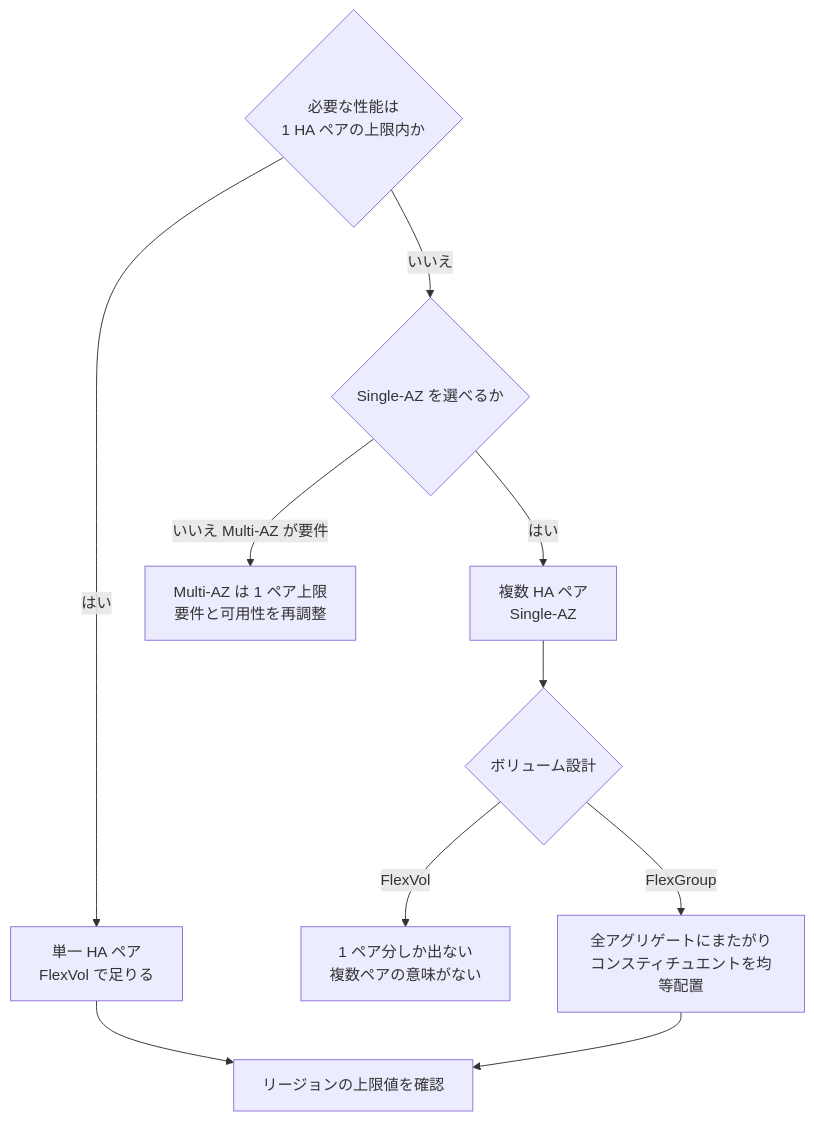
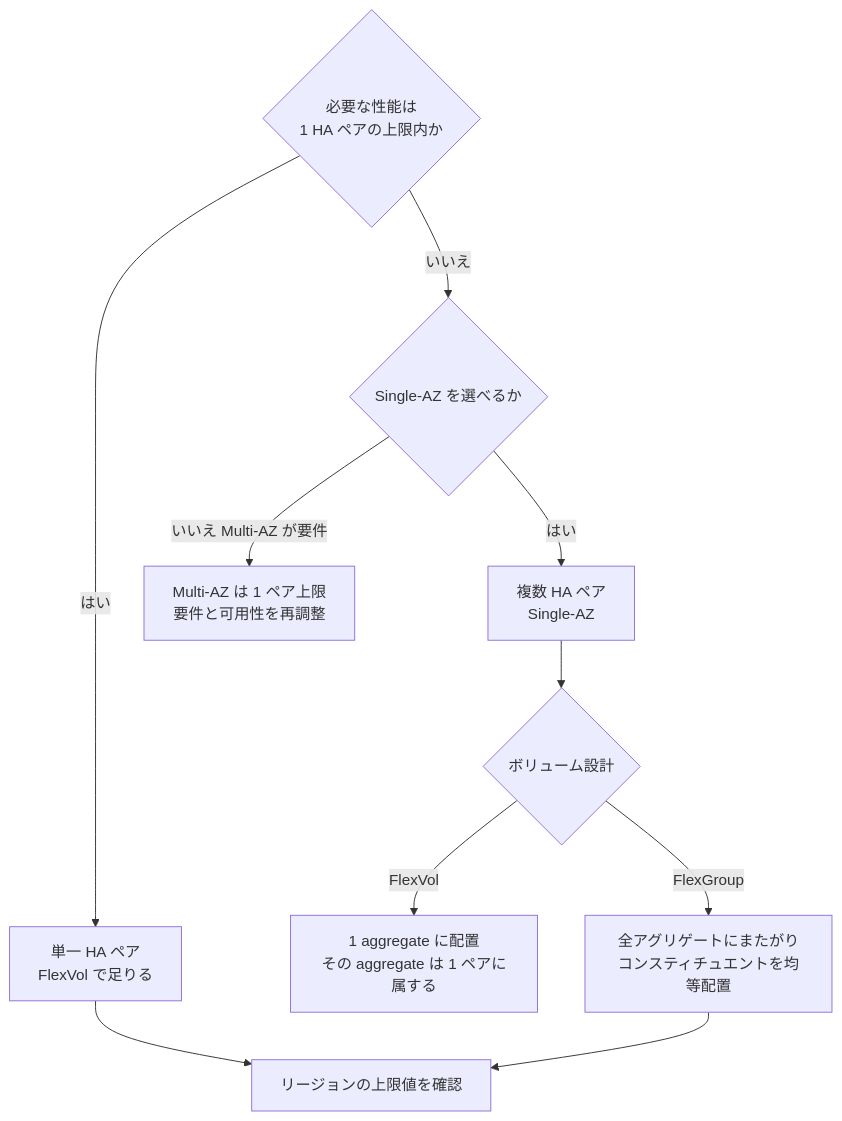
The diagram in docs/ja/domains/performance/notes/where-throughput-is-determined-and-shared.md (Yoshiki0705/FSx-for-ONTAP-Adoption-Playbook), drawn with Mermaid before and after one commit. The commit also changed other lines of this file and 28 other files, not shown here.

````diff
--- a/docs/ja/domains/performance/notes/where-throughput-is-determined-and-shared.md
+++ b/docs/ja/domains/performance/notes/where-throughput-is-determined-and-shared.md
@@ -140,15 +140,15 @@
 ```mermaid
 graph TD
     Q{必要な性能は<br/>1 HA ペアの上限内か} -->|はい| ONE[単一 HA ペア<br/>FlexVol で足りる]
     Q -->|いいえ| MULTI{Single-AZ を選べるか}
 
     MULTI -->|はい| MP[複数 HA ペア<br/>Single-AZ]
     MULTI -->|いいえ Multi-AZ が要件| CAP[Multi-AZ は 1 ペア上限<br/>要件と可用性を再調整]
 
     MP --> VOL{ボリューム設計}
-    VOL -->|FlexVol| WARN[1 ペア分しか出ない<br/>複数ペアの意味がない]
+    VOL -->|FlexVol| WARN[1 aggregate に配置<br/>その aggregate は 1 ペアに属する]
     VOL -->|FlexGroup| BAL[全アグリゲートにまたがり<br/>コンスティチュエントを均等配置]
 
     ONE --> REG[リージョンの上限値を確認]
     BAL --> REG
 ```
````
